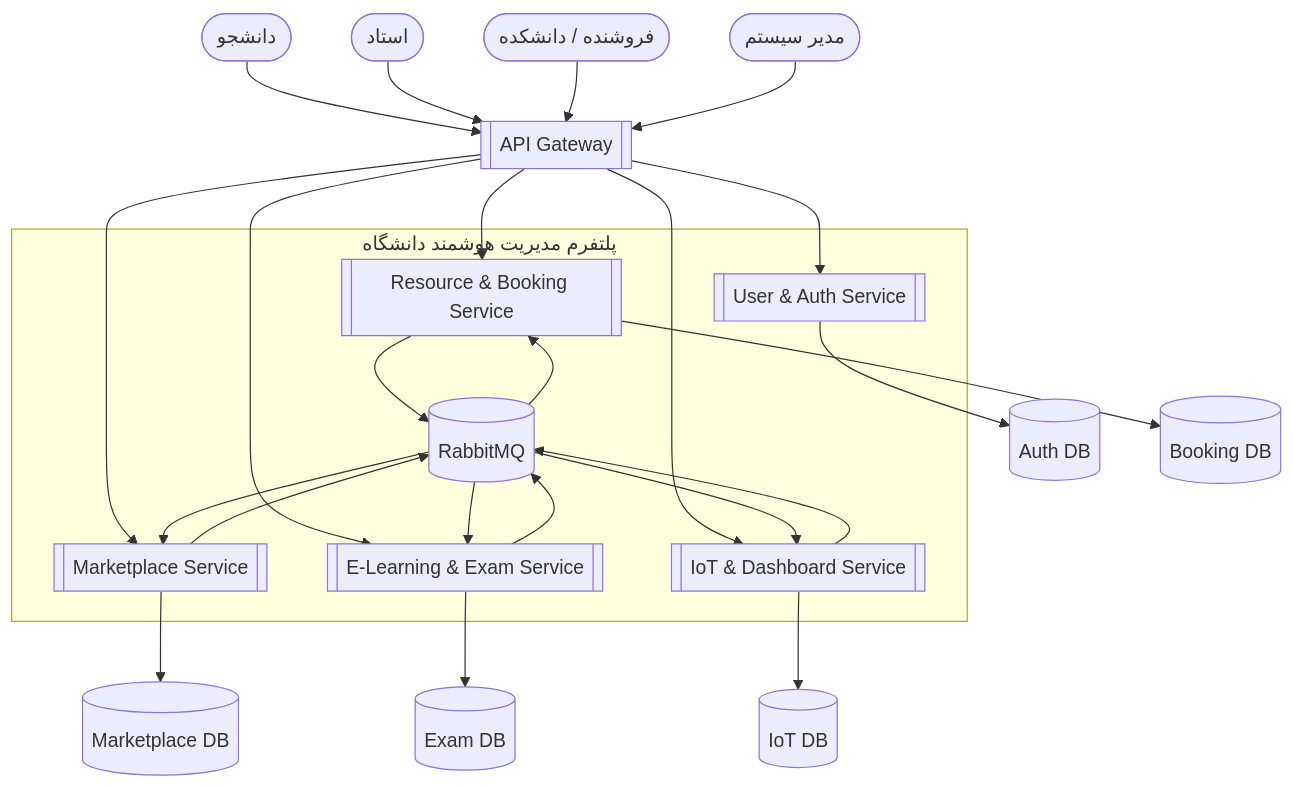
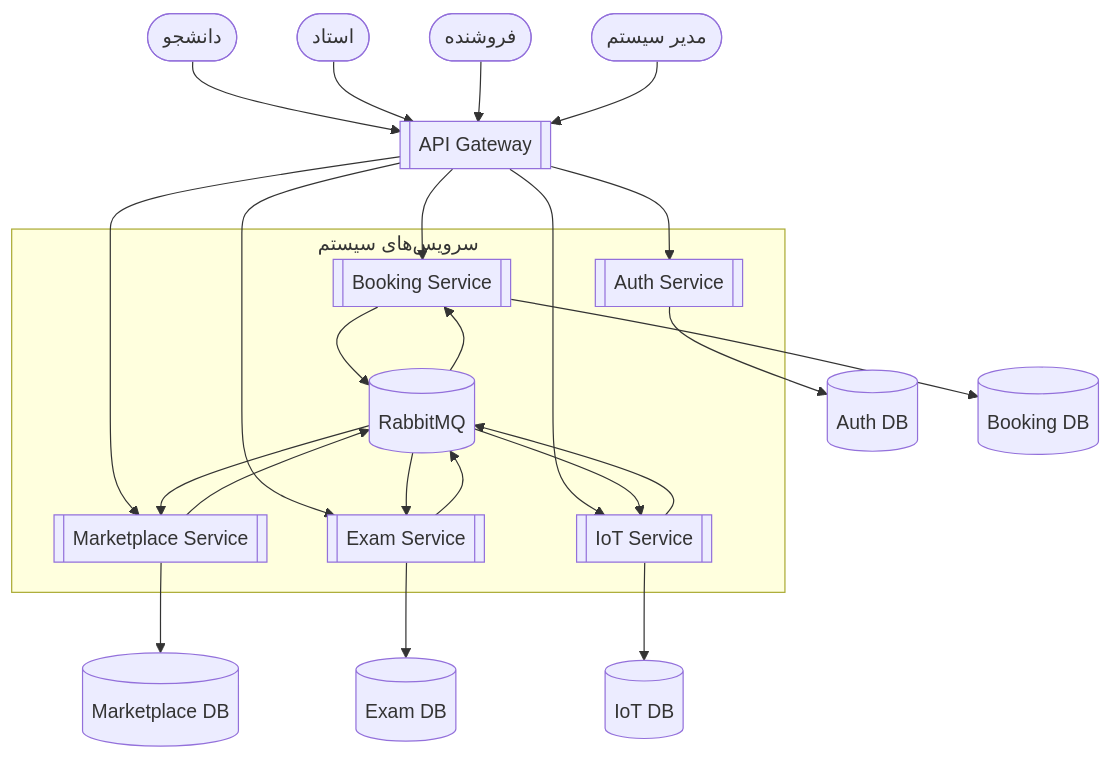
Before and after one commit to Amir-Goli-1383/test: the third of 8 diagrams in README.md, drawn with Mermaid. The commit also changed other lines of this file, not shown here.

````diff
--- a/README.md
+++ b/README.md
@@ -103,48 +114,52 @@
 ```mermaid
 flowchart TB
-    %% === Users ===
+
     Student([دانشجو])
     Teacher([استاد])
-    Seller([فروشنده / دانشکده])
+    Seller([فروشنده])
     Admin([مدیر سیستم])
-    %% === API Gateway ===
+
     APIGateway[[API Gateway]]
-    %% === Services ===
-    subgraph Services [پلتفرم مدیریت هوشمند دانشگاه]
-        AuthService[[User & Auth Service]]
-        BookingService[[Resource & Booking Service]]
+
+    subgraph Services [سرویس‌های سیستم]
+        AuthService[[Auth Service]]
+        BookingService[[Booking Service]]
         MarketplaceService[[Marketplace Service]]
-        ExamService[[E-Learning & Exam Service]]
-        IoTService[[IoT & Dashboard Service]]
+        ExamService[[Exam Service]]
+        IoTService[[IoT Service]]
         MessageBroker[(RabbitMQ)]
     end
-    %% === Databases ===
+
     AuthDB[(Auth DB)]
     BookingDB[(Booking DB)]
     MarketDB[(Marketplace DB)]
     ExamDB[(Exam DB)]
     IoTDB[(IoT DB)]
-    %% === Flows ===
+
     Student --> APIGateway
     Teacher --> APIGateway
     Seller --> APIGateway
     Admin --> APIGateway
+
     APIGateway --> AuthService
     APIGateway --> BookingService
     APIGateway --> MarketplaceService
     APIGateway --> ExamService
     APIGateway --> IoTService
+
     AuthService --> AuthDB
     BookingService --> BookingDB
     MarketplaceService --> MarketDB
     ExamService --> ExamDB
     IoTService --> IoTDB
+
     MarketplaceService --> MessageBroker
     BookingService --> MessageBroker
     ExamService --> MessageBroker
     IoTService --> MessageBroker
+
     MessageBroker --> MarketplaceService
     MessageBroker --> BookingService
     MessageBroker --> ExamService
     MessageBroker --> IoTService
 ```
````
